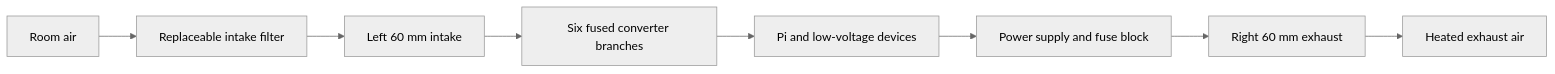
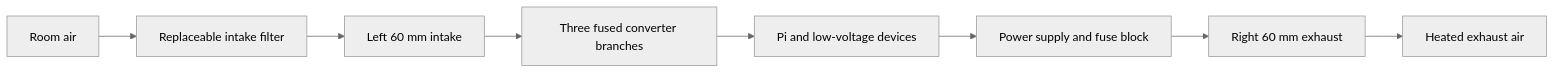
One commit to Andworx/Copilot-IoT-Game changed the fourth of 7 diagrams in 3d Models/apache case/DESIGN_DOCUMENT.md. Above: the diagram before and after it, drawn with Mermaid (neutral theme). The commit also changed other lines of this file and 37 other files, not shown here.

````diff
--- a/3d Models/apache case/DESIGN_DOCUMENT.md
+++ b/3d Models/apache case/DESIGN_DOCUMENT.md
@@ -355,10 +355,10 @@
 ```mermaid
 flowchart LR
     Ambient[Room air] --> Filter[Replaceable intake filter]
     Filter --> Intake[Left 60 mm intake]
-    Intake --> Conv[Six fused converter branches]
+    Intake --> Conv[Three fused converter branches]
     Conv --> Pi[Pi and low-voltage devices]
     Pi --> PSU[Power supply and fuse block]
     PSU --> Exhaust[Right 60 mm exhaust]
     Exhaust --> Room[Heated exhaust air]
 ```
````
